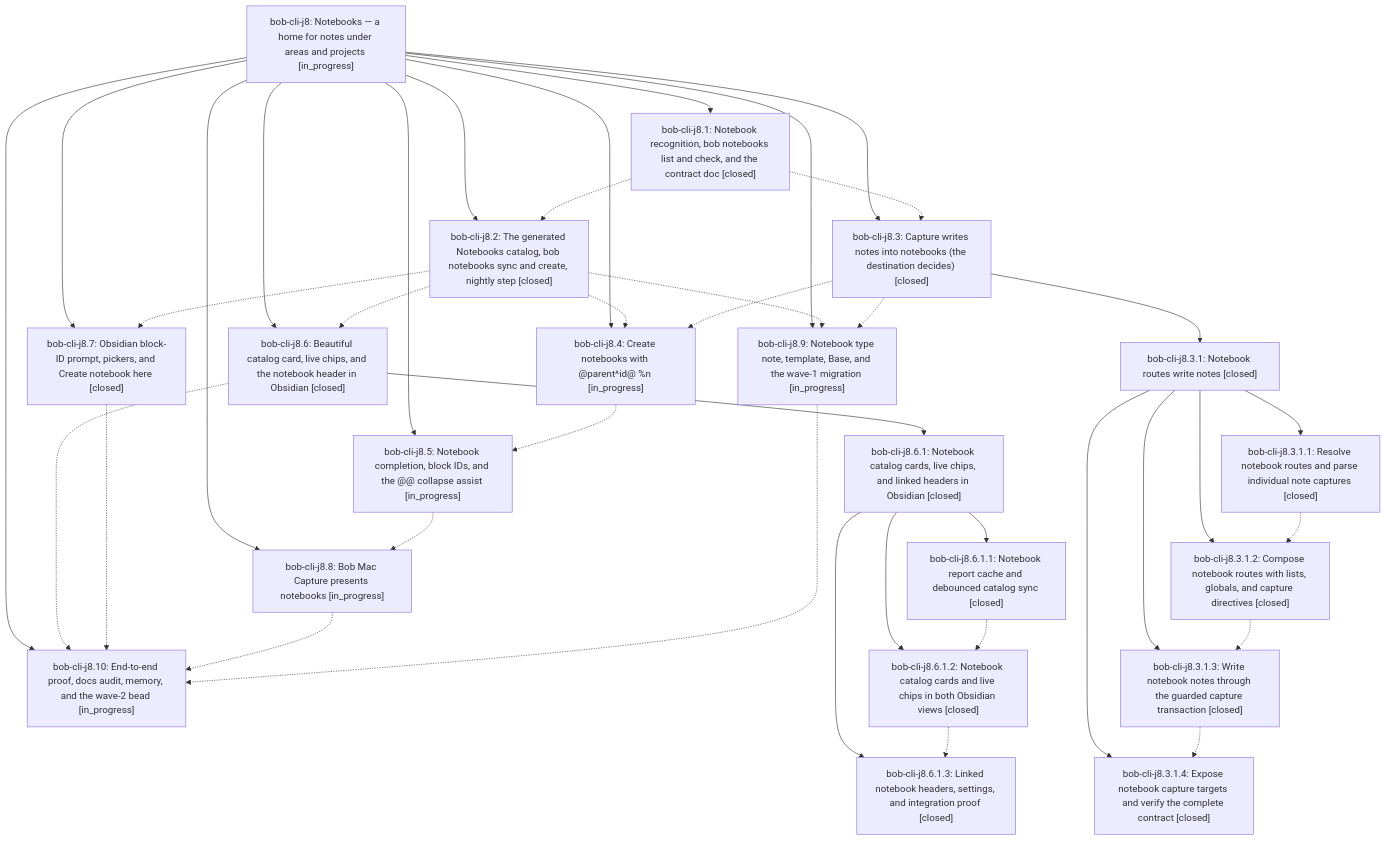
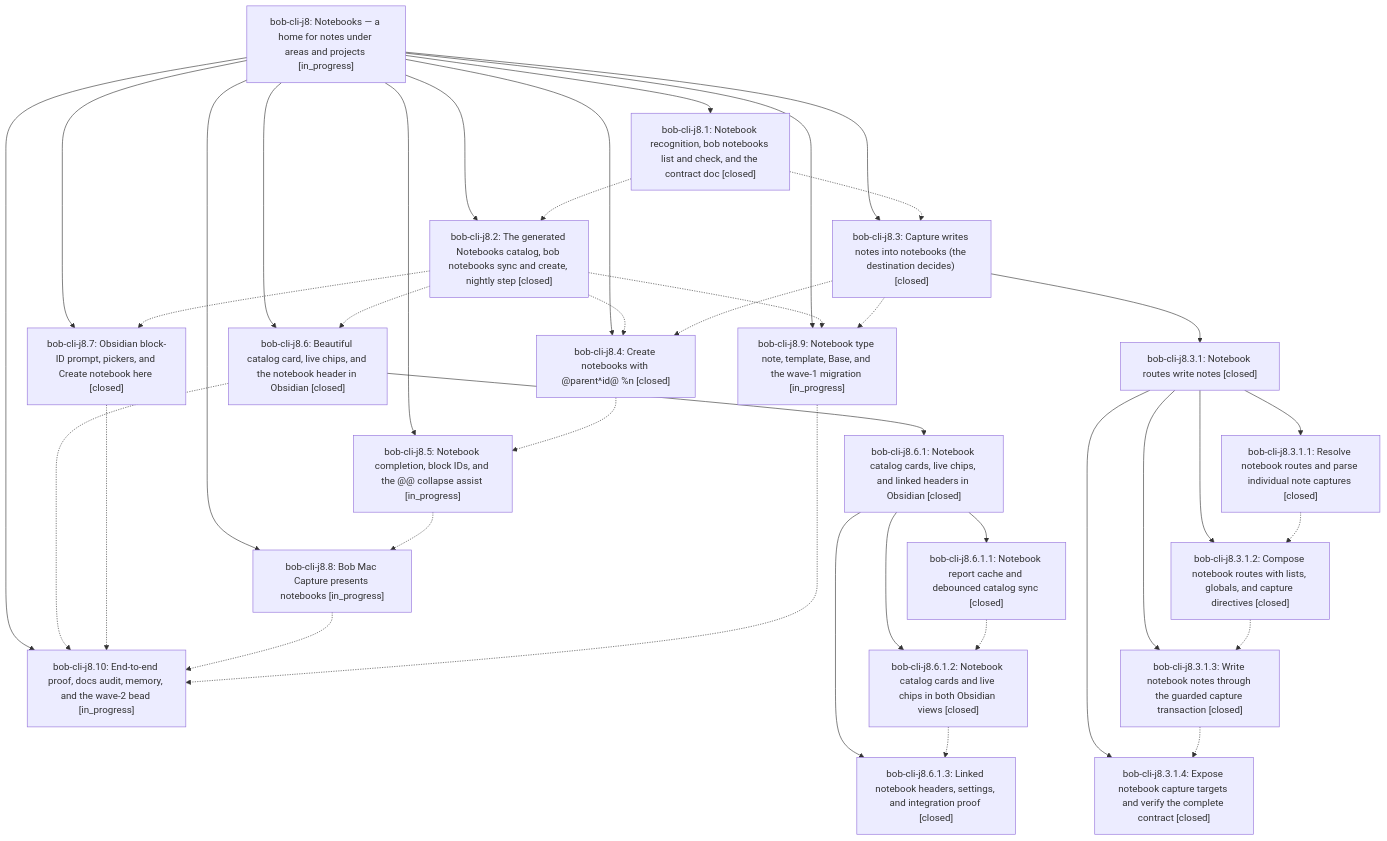
One commit to bobs-org/bob-cli--beads changed the diagram in pages/bob-cli-j8/README.md. Above: the diagram before and after it, drawn with Mermaid. The commit also changed other lines of this file and 5 other files, not shown here.

First line of the commit message:
chore(beads): sync bead state and pages for bob-cli-j8

````diff
--- a/pages/bob-cli-j8/README.md
+++ b/pages/bob-cli-j8/README.md
@@ -53,61 +53,61 @@
 ```mermaid
 flowchart TD
     n0["bob-cli-j8: Notebooks — a home for notes under areas and projects [in_progress]"]
     n1["bob-cli-j8.1: Notebook recognition, bob notebooks list and check, and the contract doc [closed]"]
     n2["bob-cli-j8.10: End-to-end proof, docs audit, memory, and the wave-2 bead [in_progress]"]
     n3["bob-cli-j8.2: The generated Notebooks catalog, bob notebooks sync and create, nightly step [closed]"]
     n4["bob-cli-j8.3: Capture writes notes into notebooks (the destination decides) [closed]"]
     n5["bob-cli-j8.3.1: Notebook routes write notes [closed]"]
     n6["bob-cli-j8.3.1.1: Resolve notebook routes and parse individual note captures [closed]"]
     n7["bob-cli-j8.3.1.2: Compose notebook routes with lists, globals, and capture directives [closed]"]
     n8["bob-cli-j8.3.1.3: Write notebook notes through the guarded capture transaction [closed]"]
     n9["bob-cli-j8.3.1.4: Expose notebook capture targets and verify the complete contract [closed]"]
-    n10["bob-cli-j8.4: Create notebooks with @parent^id@ %n [in_progress]"]
+    n10["bob-cli-j8.4: Create notebooks with @parent^id@ %n [closed]"]
     n11["bob-cli-j8.5: Notebook completion, block IDs, and the @@ collapse assist [in_progress]"]
     n12["bob-cli-j8.6: Beautiful catalog card, live chips, and the notebook header in Obsidian [closed]"]
     n13["bob-cli-j8.6.1: Notebook catalog cards, live chips, and linked headers in Obsidian [closed]"]
     n14["bob-cli-j8.6.1.1: Notebook report cache and debounced catalog sync [closed]"]
     n15["bob-cli-j8.6.1.2: Notebook catalog cards and live chips in both Obsidian views [closed]"]
     n16["bob-cli-j8.6.1.3: Linked notebook headers, settings, and integration proof [closed]"]
     n17["bob-cli-j8.7: Obsidian block-ID prompt, pickers, and Create notebook here [closed]"]
     n18["bob-cli-j8.8: Bob Mac Capture presents notebooks [in_progress]"]
     n19["bob-cli-j8.9: Notebook type note, template, Base, and the wave-1 migration [in_progress]"]
     n0 --> n1
     n0 --> n2
     n0 --> n3
     n0 --> n4
     n4 --> n5
     n5 --> n6
     n5 --> n7
     n5 --> n8
     n5 --> n9
     n0 --> n10
     n0 --> n11
     n0 --> n12
     n12 --> n13
     n13 --> n14
     n13 --> n15
     n13 --> n16
     n0 --> n17
     n0 --> n18
     n0 --> n19
     n1 -.-> n3
     n1 -.-> n4
     n3 -.-> n10
     n3 -.-> n12
     n3 -.-> n17
     n3 -.-> n19
     n4 -.-> n10
     n4 -.-> n19
     n6 -.-> n7
     n7 -.-> n8
     n8 -.-> n9
     n10 -.-> n11
     n11 -.-> n18
     n12 -.-> n2
     n14 -.-> n15
     n15 -.-> n16
     n17 -.-> n2
     n18 -.-> n2
     n19 -.-> n2
 ```
````
